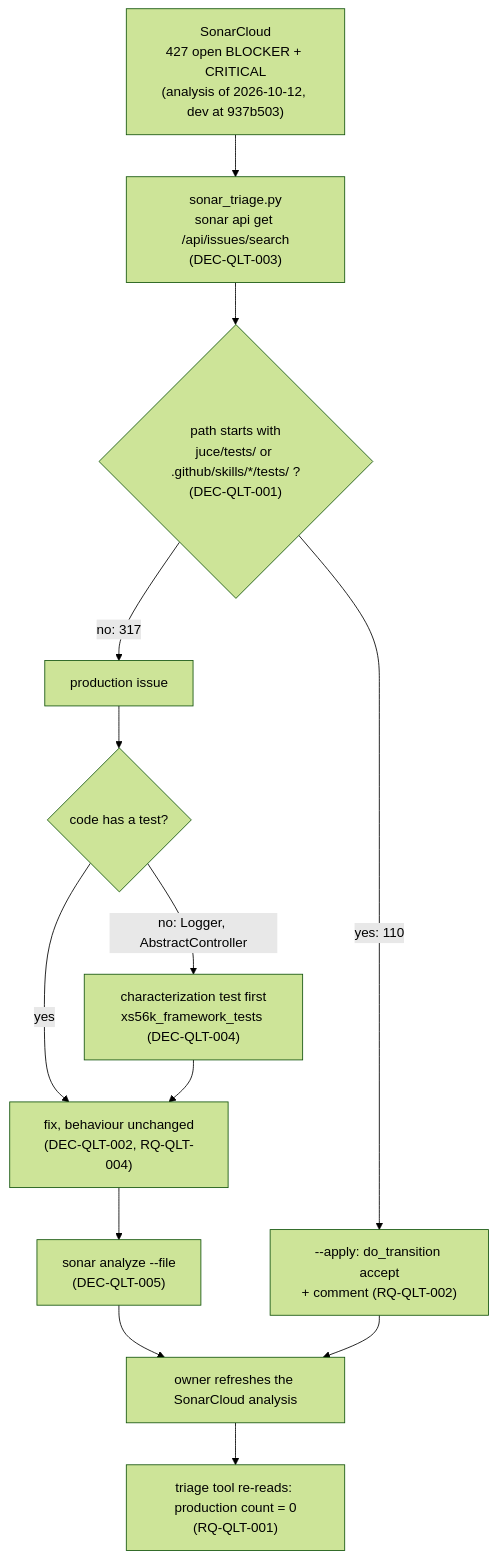
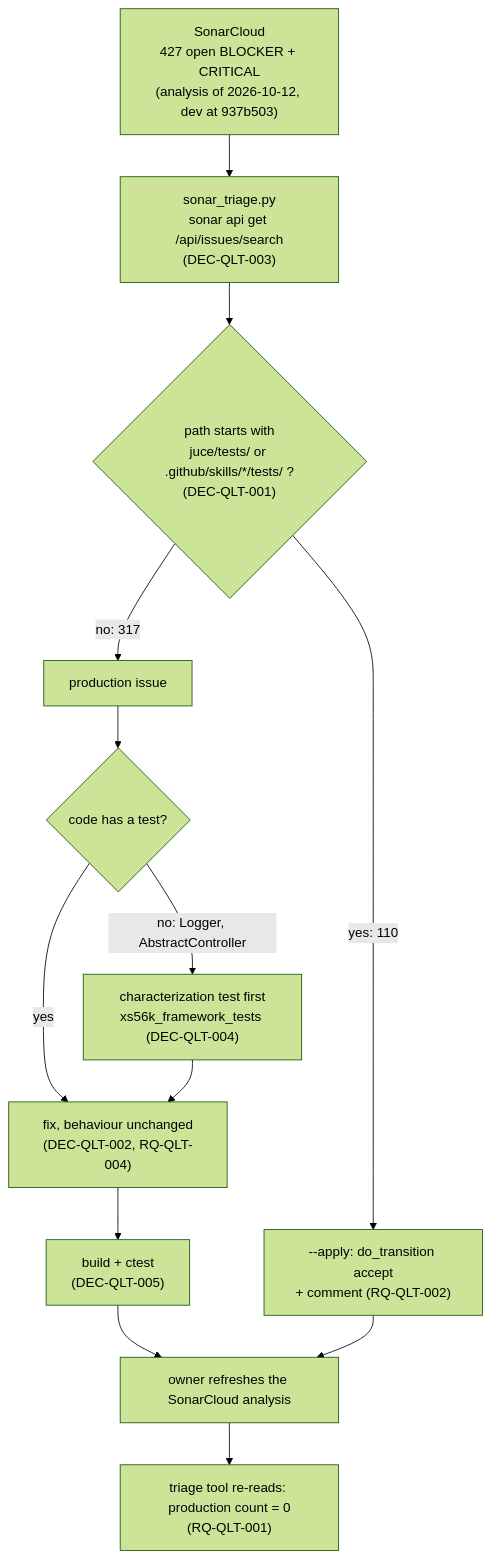
The diagram in process/2.architecture/ADR-QLT-001-sonar-issue-handling.md (xplorer2716/XS56K), drawn with Mermaid (forest theme) before and after one commit. The commit also changed other lines of this file and 6 other files, not shown here.

````diff
--- a/process/2.architecture/ADR-QLT-001-sonar-issue-handling.md
+++ b/process/2.architecture/ADR-QLT-001-sonar-issue-handling.md
@@ -135,15 +136,15 @@
 ```mermaid
 flowchart TD
     SC["SonarCloud<br/>427 open BLOCKER + CRITICAL<br/>(analysis of 2026-10-12, dev at 937b503)"] --> TR["sonar_triage.py<br/>sonar api get /api/issues/search<br/>(DEC-QLT-003)"]
     TR --> CL{"path starts with<br/>juce/tests/ or .github/skills/*/tests/ ?<br/>(DEC-QLT-001)"}
     CL -->|"yes: 110"| AC["--apply: do_transition accept<br/>+ comment (RQ-QLT-002)"]
     CL -->|"no: 317"| PR["production issue"]
     PR --> HT{"code has a test?"}
     HT -->|"no: Logger, AbstractController"| CT["characterization test first<br/>xs56k_framework_tests (DEC-QLT-004)"]
     HT -->|"yes"| FX["fix, behaviour unchanged<br/>(DEC-QLT-002, RQ-QLT-004)"]
     CT --> FX
-    FX --> LC["sonar analyze --file<br/>(DEC-QLT-005)"]
+    FX --> LC["build + ctest<br/>(DEC-QLT-005)"]
     LC --> RA["owner refreshes the SonarCloud analysis"]
     AC --> RA
     RA --> RD["triage tool re-reads: production count = 0<br/>(RQ-QLT-001)"]
 ```
````
